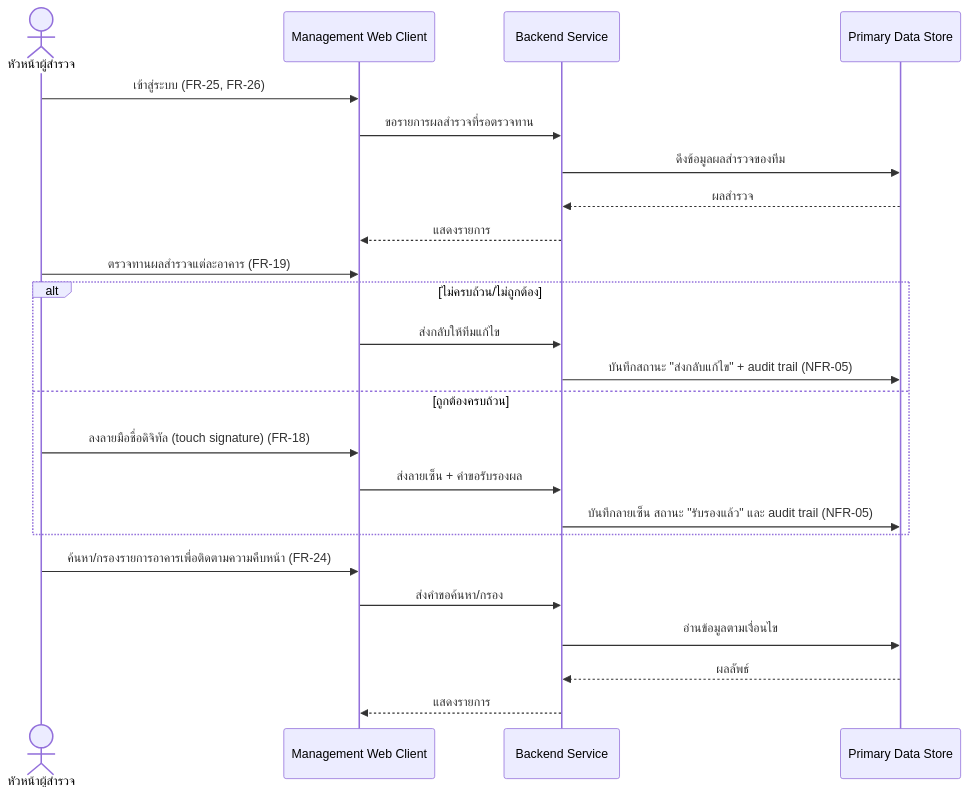
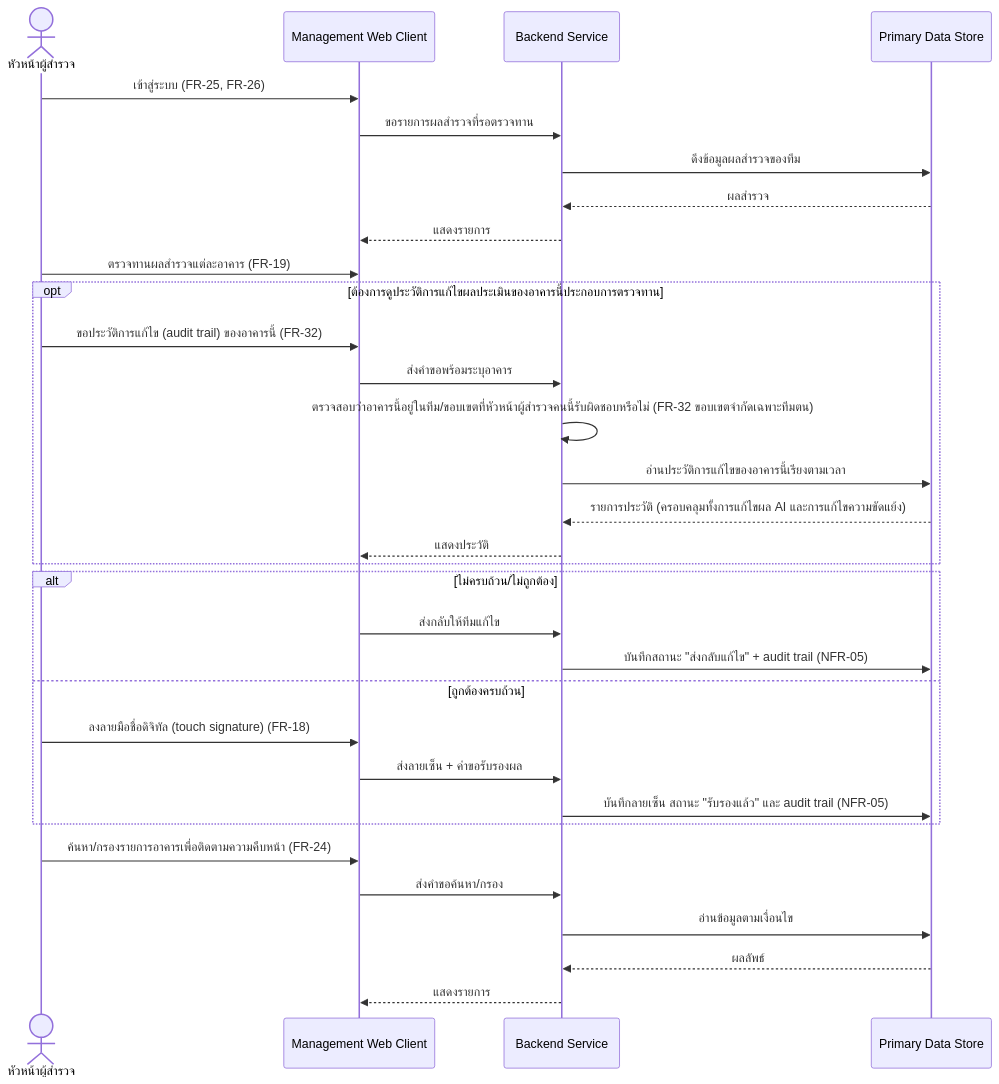
One commit to sirikorn-cmru/CrackAI-Field changed the third of 5 diagrams in docs/02-design/02-technical/architecture.md. Above: the diagram before and after it, drawn with Mermaid. The commit also changed other lines of this file and 11 other files, not shown here.

````diff
--- a/docs/02-design/02-technical/architecture.md
+++ b/docs/02-design/02-technical/architecture.md
@@ -148,27 +150,35 @@
 ```mermaid
 sequenceDiagram
     actor SL as หัวหน้าผู้สำรวจ
     participant MC as Management Web Client
     participant BE as Backend Service
     participant DB as Primary Data Store
 
     SL->>MC: เข้าสู่ระบบ (FR-25, FR-26)
     MC->>BE: ขอรายการผลสำรวจที่รอตรวจทาน
     BE->>DB: ดึงข้อมูลผลสำรวจของทีม
     DB-->>BE: ผลสำรวจ
     BE-->>MC: แสดงรายการ
     SL->>MC: ตรวจทานผลสำรวจแต่ละอาคาร (FR-19)
+    opt ต้องการดูประวัติการแก้ไขผลประเมินของอาคารนี้ประกอบการตรวจทาน
+        SL->>MC: ขอประวัติการแก้ไข (audit trail) ของอาคารนี้ (FR-32)
+        MC->>BE: ส่งคำขอพร้อมระบุอาคาร
+        BE->>BE: ตรวจสอบว่าอาคารนี้อยู่ในทีม/ขอบเขตที่หัวหน้าผู้สำรวจคนนี้รับผิดชอบหรือไม่ (FR-32 ขอบเขตจำกัดเฉพาะทีมตน)
+        BE->>DB: อ่านประวัติการแก้ไขของอาคารนี้เรียงตามเวลา
+        DB-->>BE: รายการประวัติ (ครอบคลุมทั้งการแก้ไขผล AI และการแก้ไขความขัดแย้ง)
+        BE-->>MC: แสดงประวัติ
+    end
     alt ไม่ครบถ้วน/ไม่ถูกต้อง
         MC->>BE: ส่งกลับให้ทีมแก้ไข
         BE->>DB: บันทึกสถานะ "ส่งกลับแก้ไข" + audit trail (NFR-05)
     else ถูกต้องครบถ้วน
         SL->>MC: ลงลายมือชื่อดิจิทัล (touch signature) (FR-18)
         MC->>BE: ส่งลายเซ็น + คำขอรับรองผล
         BE->>DB: บันทึกลายเซ็น สถานะ "รับรองแล้ว" และ audit trail (NFR-05)
     end
     SL->>MC: ค้นหา/กรองรายการอาคารเพื่อติดตามความคืบหน้า (FR-24)
     MC->>BE: ส่งคำขอค้นหา/กรอง
     BE->>DB: อ่านข้อมูลตามเงื่อนไข
     DB-->>BE: ผลลัพธ์
     BE-->>MC: แสดงรายการ
 ```
````
